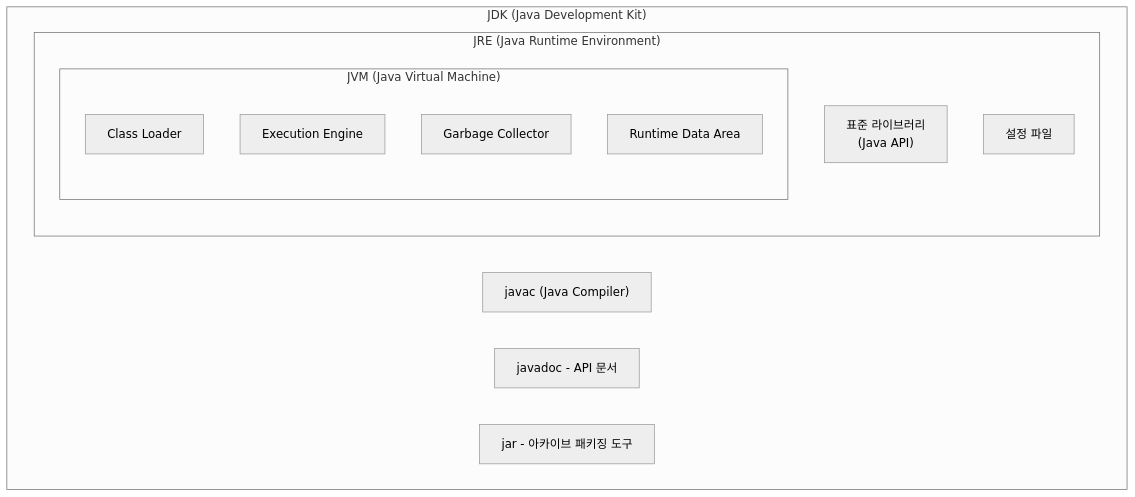
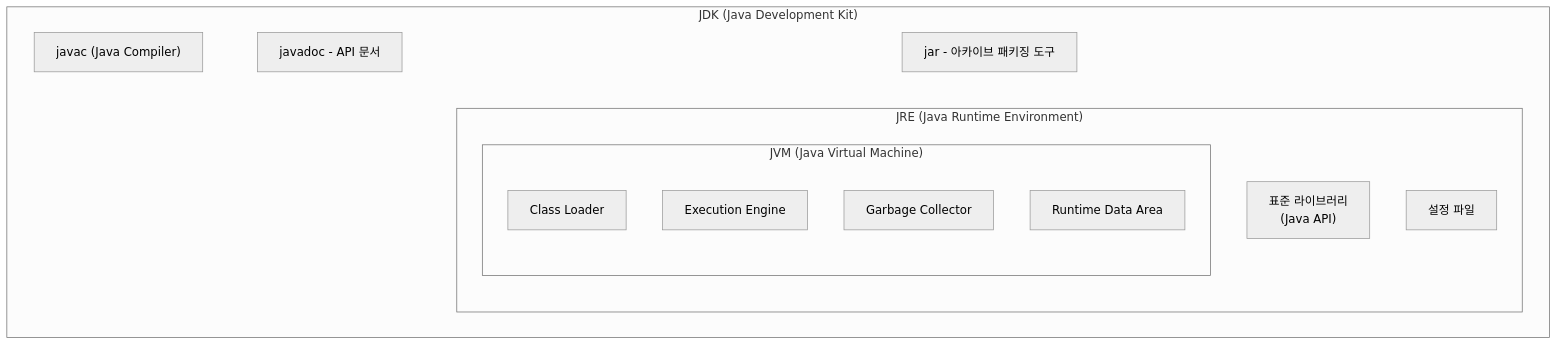
The diagram in java/java-basic.md (hiblue02/daily-concept-learning), drawn with Mermaid (neutral theme) before and after one commit. The commit also changed other lines of this file, not shown here.

Commit message:
feat: java basic - jvm runtime data area

````diff
--- a/java/java-basic.md
+++ b/java/java-basic.md
@@ -12,22 +11,18 @@
 ```mermaid
 graph TB
     subgraph JDK["JDK (Java Development Kit)"]
-        direction LR
-        javac["javac (Java Compiler)"]
-        javadoc["javadoc - API 문서"]
-        jar["jar - 아카이브 패키징 도구"]
+        javac["javac (Java Compiler)"]~~~javadoc["javadoc - API 문서"]~~~jar["jar - 아카이브 패키징 도구"]
         
         subgraph JRE["JRE (Java Runtime Environment)"]
             stdlib["표준 라이브러리<br/>(Java API)"]
             config["설정 파일"]
             
             subgraph JVM["JVM (Java Virtual Machine)"]
                 classloader["Class Loader"]
                 execution["Execution Engine"]
                 gc["Garbage Collector"]
                 runtimedataarea["Runtime Data Area"]
             end
         end
     end
-
 ```
````
